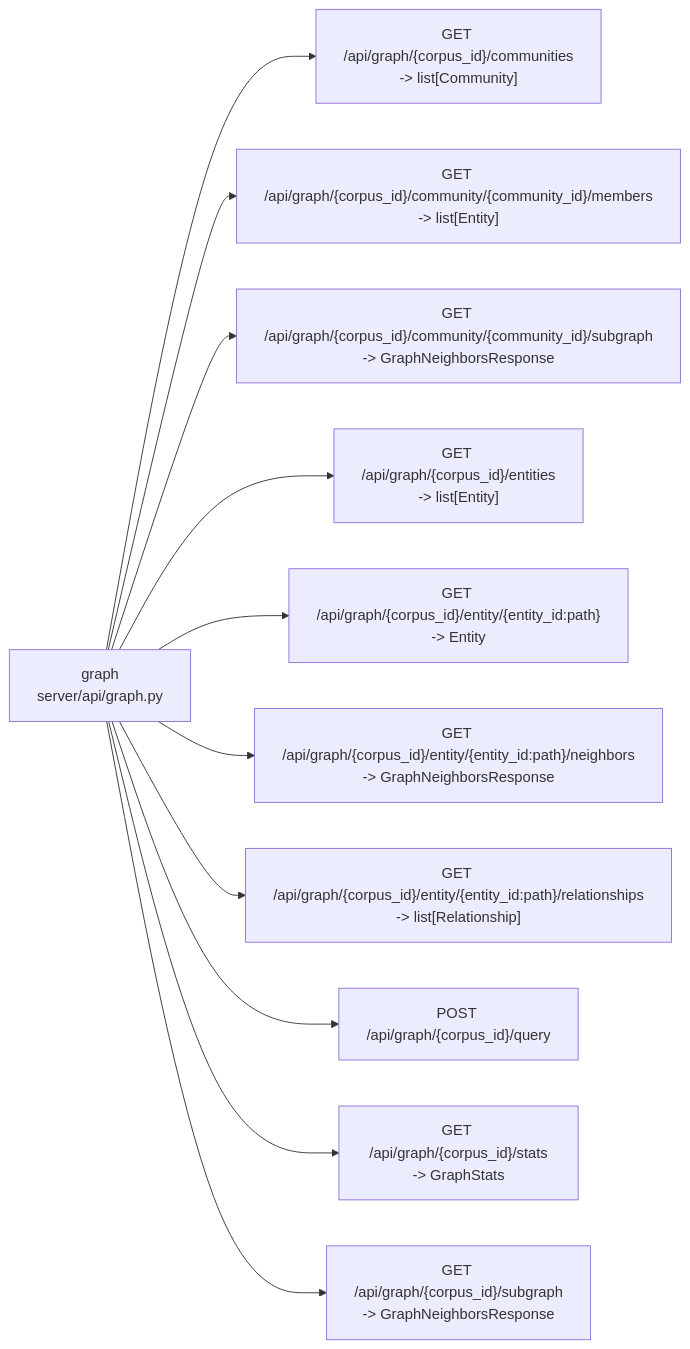
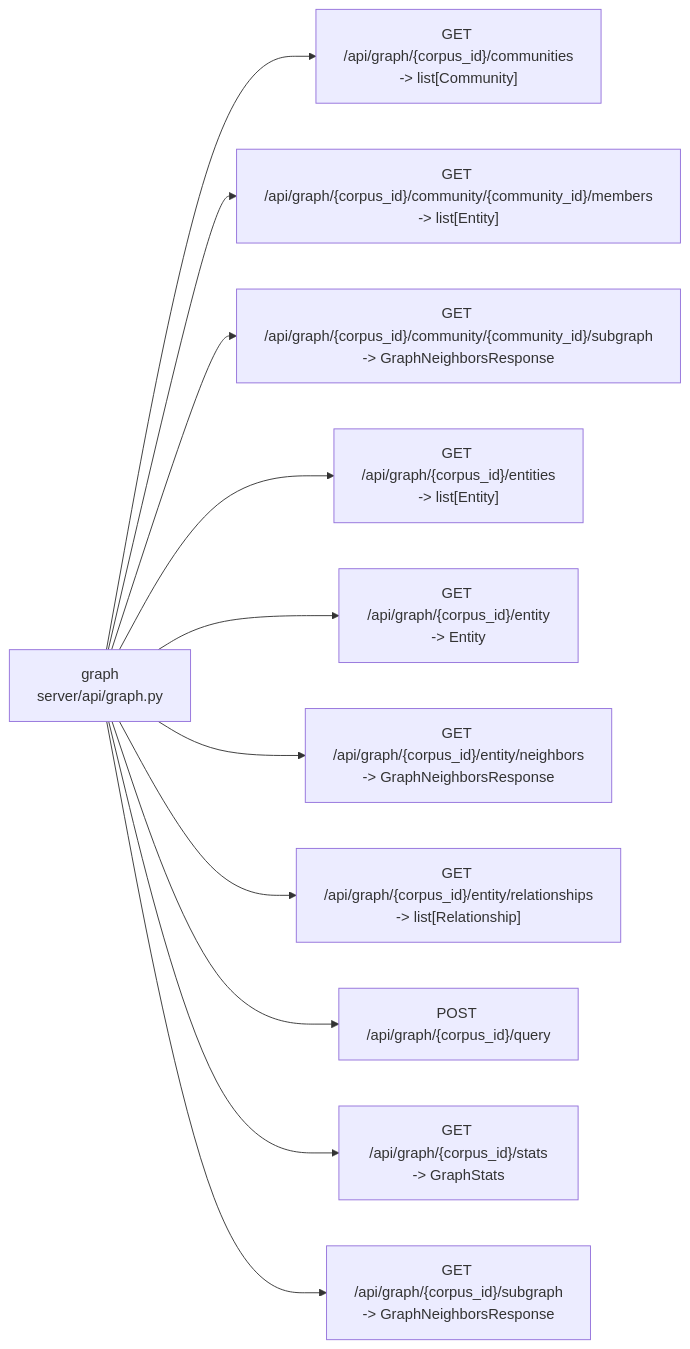
Diagram 13 of 25 in mkdocs/docs/reference/architecture/api-surface.md (DMontgomery40/ragweld), drawn with Mermaid before and after one commit. The commit also changed other lines of this file and 2 other files, not shown here.

Commit message:
docs(ai): autopilot update

````diff
--- a/mkdocs/docs/reference/architecture/api-surface.md
+++ b/mkdocs/docs/reference/architecture/api-surface.md
@@ -387,24 +387,24 @@
 ```mermaid
 flowchart LR
     n_graph["graph\nserver/api/graph.py"]
     n_graph_0["GET /api/graph/{corpus_id}/communities\n-> list[Community]"]
     n_graph --> n_graph_0
     n_graph_1["GET /api/graph/{corpus_id}/community/{community_id}/members\n-> list[Entity]"]
     n_graph --> n_graph_1
     n_graph_2["GET /api/graph/{corpus_id}/community/{community_id}/subgraph\n-> GraphNeighborsResponse"]
     n_graph --> n_graph_2
     n_graph_3["GET /api/graph/{corpus_id}/entities\n-> list[Entity]"]
     n_graph --> n_graph_3
-    n_graph_4["GET /api/graph/{corpus_id}/entity/{entity_id:path}\n-> Entity"]
+    n_graph_4["GET /api/graph/{corpus_id}/entity\n-> Entity"]
     n_graph --> n_graph_4
-    n_graph_5["GET /api/graph/{corpus_id}/entity/{entity_id:path}/neighbors\n-> GraphNeighborsResponse"]
+    n_graph_5["GET /api/graph/{corpus_id}/entity/neighbors\n-> GraphNeighborsResponse"]
     n_graph --> n_graph_5
-    n_graph_6["GET /api/graph/{corpus_id}/entity/{entity_id:path}/relationships\n-> list[Relationship]"]
+    n_graph_6["GET /api/graph/{corpus_id}/entity/relationships\n-> list[Relationship]"]
     n_graph --> n_graph_6
     n_graph_7["POST /api/graph/{corpus_id}/query"]
     n_graph --> n_graph_7
     n_graph_8["GET /api/graph/{corpus_id}/stats\n-> GraphStats"]
     n_graph --> n_graph_8
     n_graph_9["GET /api/graph/{corpus_id}/subgraph\n-> GraphNeighborsResponse"]
     n_graph --> n_graph_9
 ```
````
